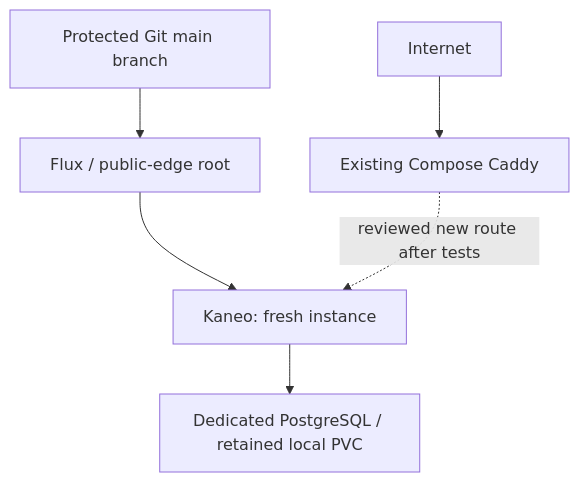
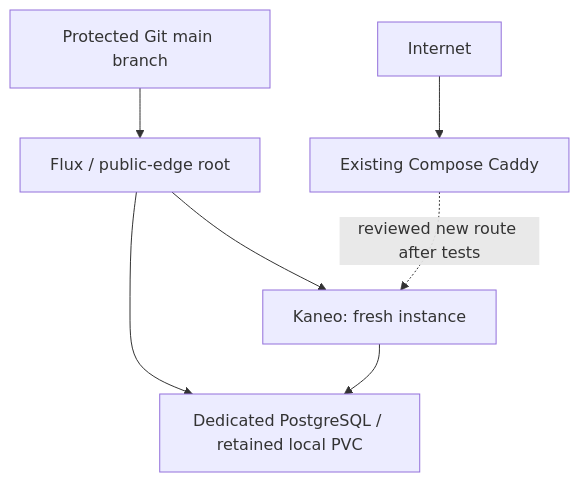
One commit to salehihassen/homelab-infra changed the diagram in docs/kubernetes/architecture.md. Above: the diagram before and after it, drawn with Mermaid. The commit also changed other lines of this file and 23 other files, not shown here.

Commit message:
Separate PostgreSQL reconciliation and adopt PostgreSQL 18

````diff
--- a/docs/kubernetes/architecture.md
+++ b/docs/kubernetes/architecture.md
@@ -26,8 +26,9 @@
 ```mermaid
 flowchart TD
   Git[Protected Git main branch] --> Flux[Flux / public-edge root]
   Flux --> K[Kaneo: fresh instance]
-  K --> DB[Dedicated PostgreSQL / retained local PVC]
+  Flux --> DB[Dedicated PostgreSQL / retained local PVC]
+  K --> DB
   Internet --> C[Existing Compose Caddy]
   C -. reviewed new route after tests .-> K
 ```
````
